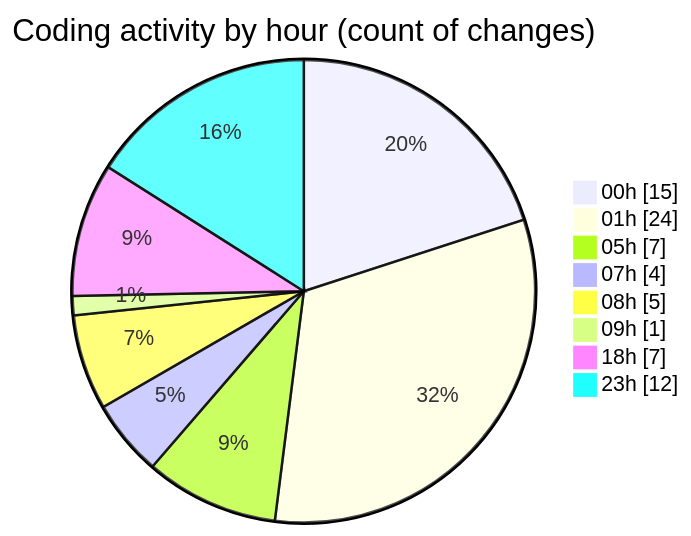
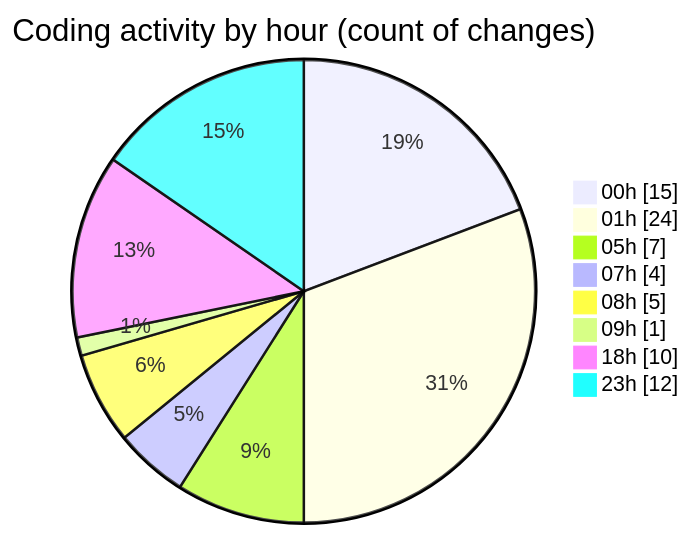
Before and after one commit to julien-gomy/code-tracking: the second of 2 diagrams in 2025-10-31/eventscop-frontend-guide__workspace_/README.md, drawn with Mermaid. The commit also changed other lines of this file and 1 other file, not shown here.

````diff
--- a/2025-10-31/eventscop-frontend-guide__workspace_/README.md
+++ b/2025-10-31/eventscop-frontend-guide__workspace_/README.md
@@ -44,12 +44,12 @@
 ```mermaid
 pie showData
 title Coding activity by hour (count of changes)
 "00h" : 15
 "01h" : 24
 "05h" : 7
 "07h" : 4
 "08h" : 5
 "09h" : 1
-"18h" : 7
+"18h" : 10
 "23h" : 12
 ```
````
